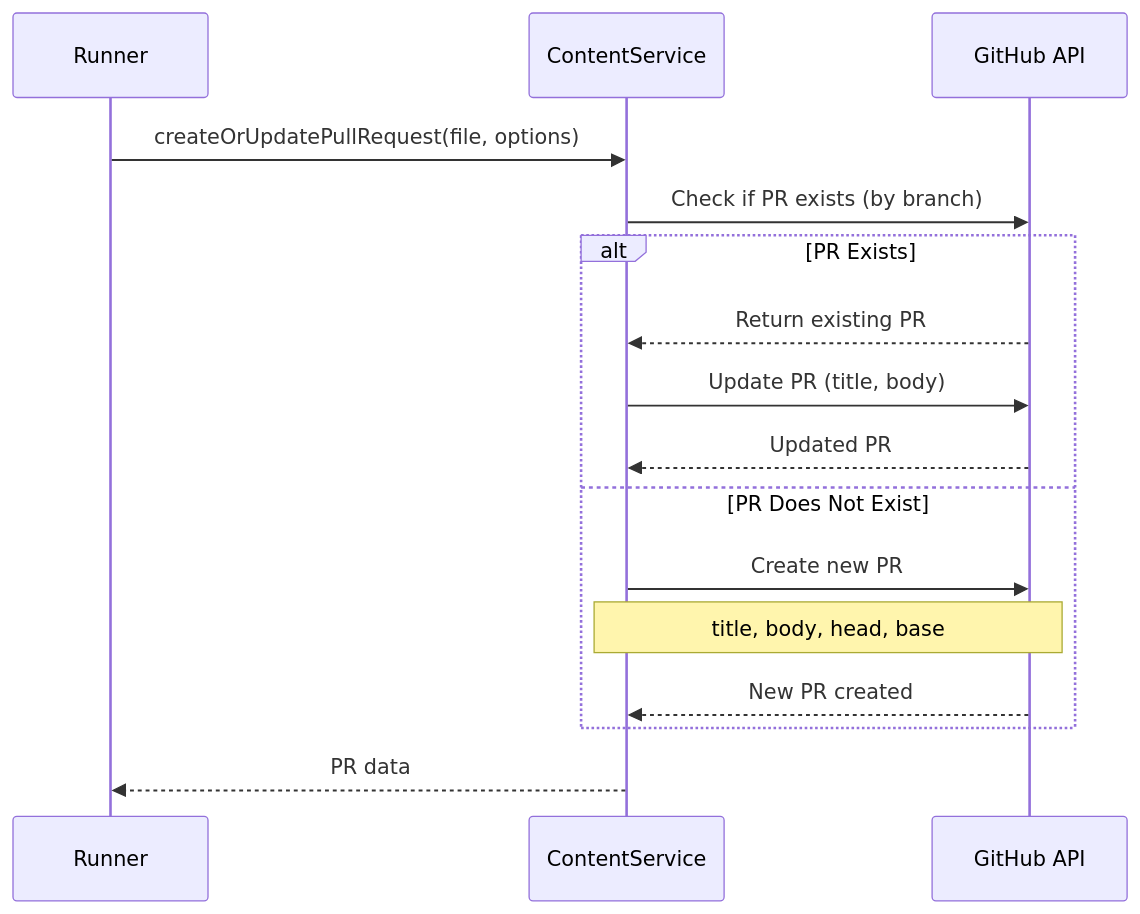
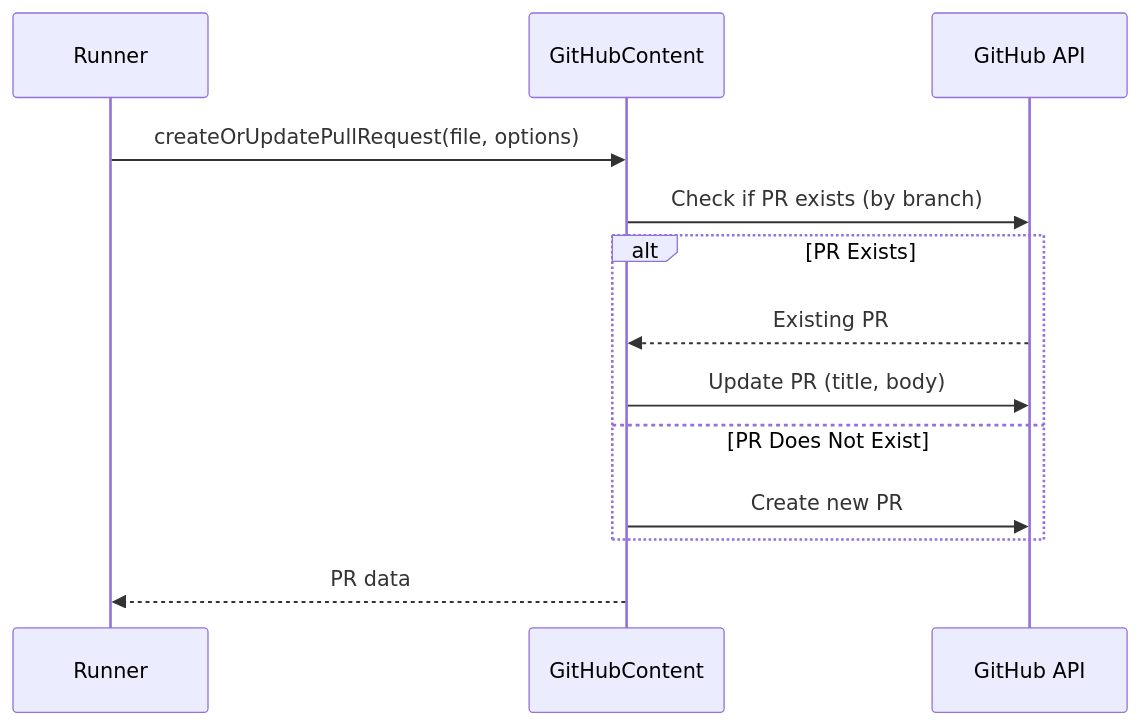
Before and after one commit to NivaldoFarias/translate-react: the third of 8 diagrams in docs/ARCHITECTURE.md, drawn with Mermaid. The commit also changed other lines of this file and 6 other files, not shown here.

First line of the commit message:
docs: align `README.md` and architecture docs with current codebase

````diff
--- a/docs/ARCHITECTURE.md
+++ b/docs/ARCHITECTURE.md
@@ -306,21 +249,18 @@
 ```mermaid
 sequenceDiagram
     participant R as Runner
-    participant C as ContentService
+    participant C as GitHubContent
     participant G as GitHub API
 
     R->>C: createOrUpdatePullRequest(file, options)
     C->>G: Check if PR exists (by branch)
 
     alt PR Exists
-        G-->>C: Return existing PR
+        G-->>C: Existing PR
         C->>G: Update PR (title, body)
-        G-->>C: Updated PR
     else PR Does Not Exist
         C->>G: Create new PR
-        Note over C,G: title, body, head, base
-        G-->>C: New PR created
     end
 
     C-->>R: PR data
 ```
````
